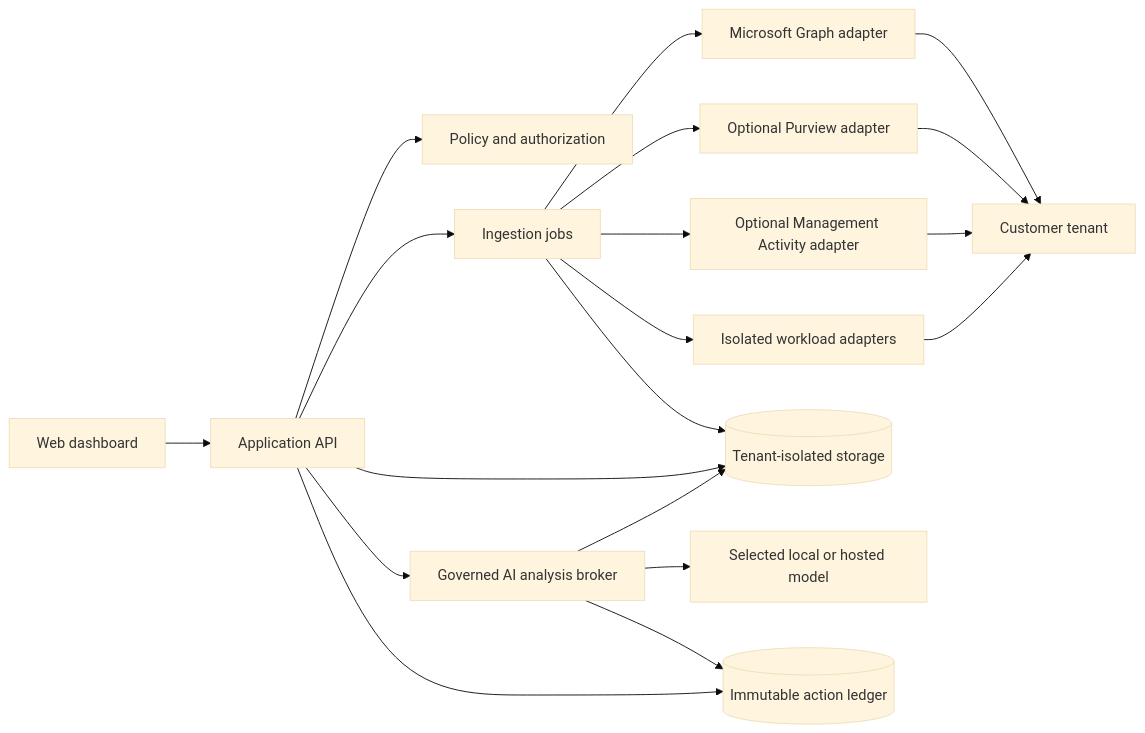
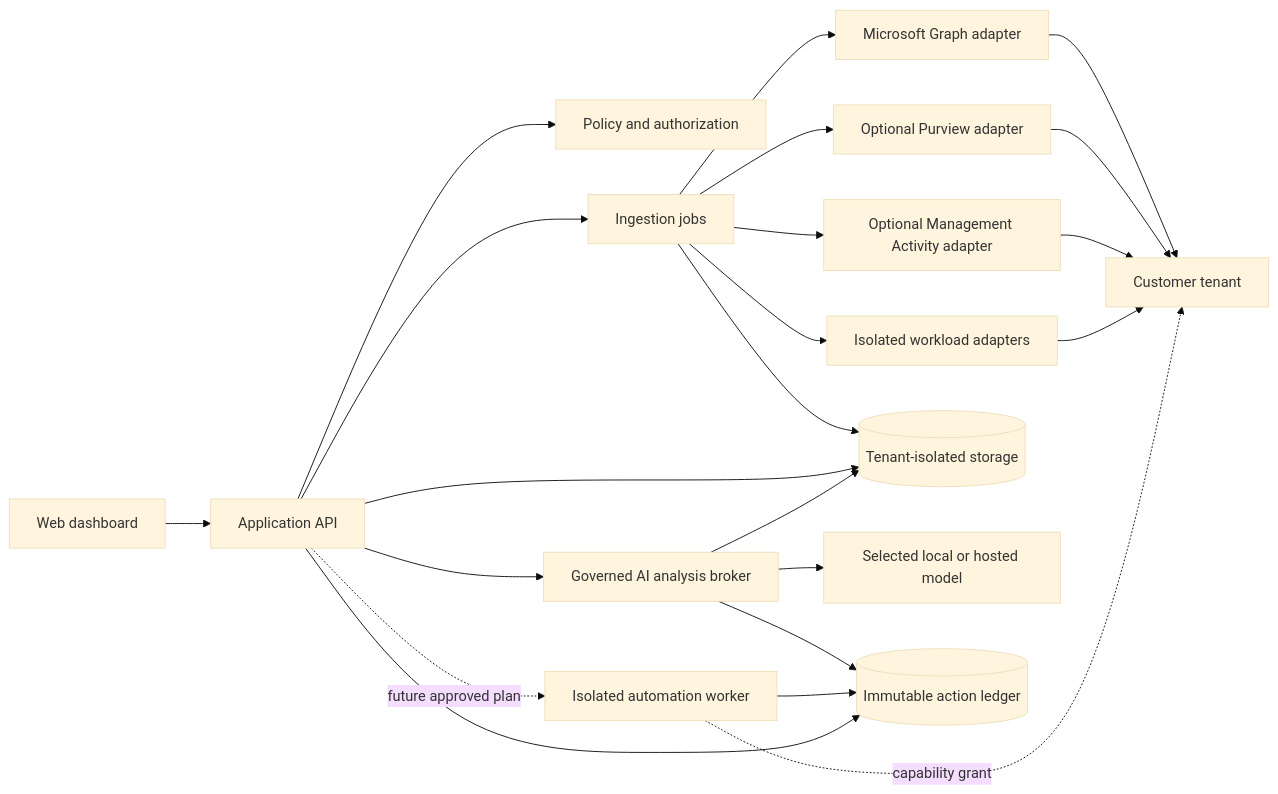
The diagram in README.md (Nullel/prism365), drawn with Mermaid (base theme) before and after one commit. The commit also changed other lines of this file and 67 other files, not shown here.

````diff
--- a/README.md
+++ b/README.md
@@ -95,21 +109,24 @@
 ```mermaid
 flowchart LR
   Browser[Web dashboard] --> API[Application API]
   API --> Policy[Policy and authorization]
   API --> Jobs[Ingestion jobs]
   Jobs --> Graph[Microsoft Graph adapter]
   Jobs --> Purview[Optional Purview adapter]
   Jobs --> Activity[Optional Management Activity adapter]
   Jobs --> Workload[Isolated workload adapters]
   Graph --> M365[Customer tenant]
   Purview --> M365
   Activity --> M365
   Workload --> M365
   Jobs --> Store[(Tenant-isolated storage)]
   API --> Store
   API --> AI[Governed AI analysis broker]
   AI --> Store
   AI --> Model[Selected local or hosted model]
   AI --> Ledger
+  API -. future approved plan .-> Runner[Isolated automation worker]
+  Runner -. capability grant .-> M365
+  Runner --> Ledger
   API --> Ledger[(Immutable action ledger)]
 ```
````
